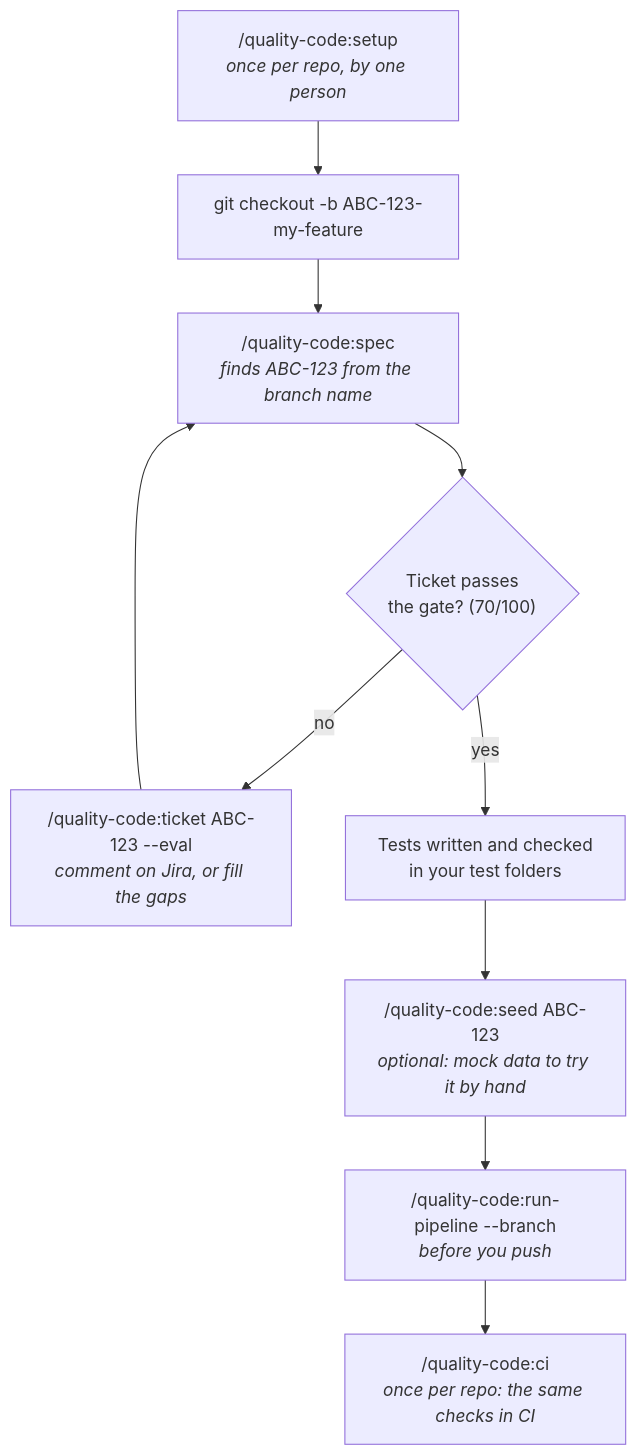
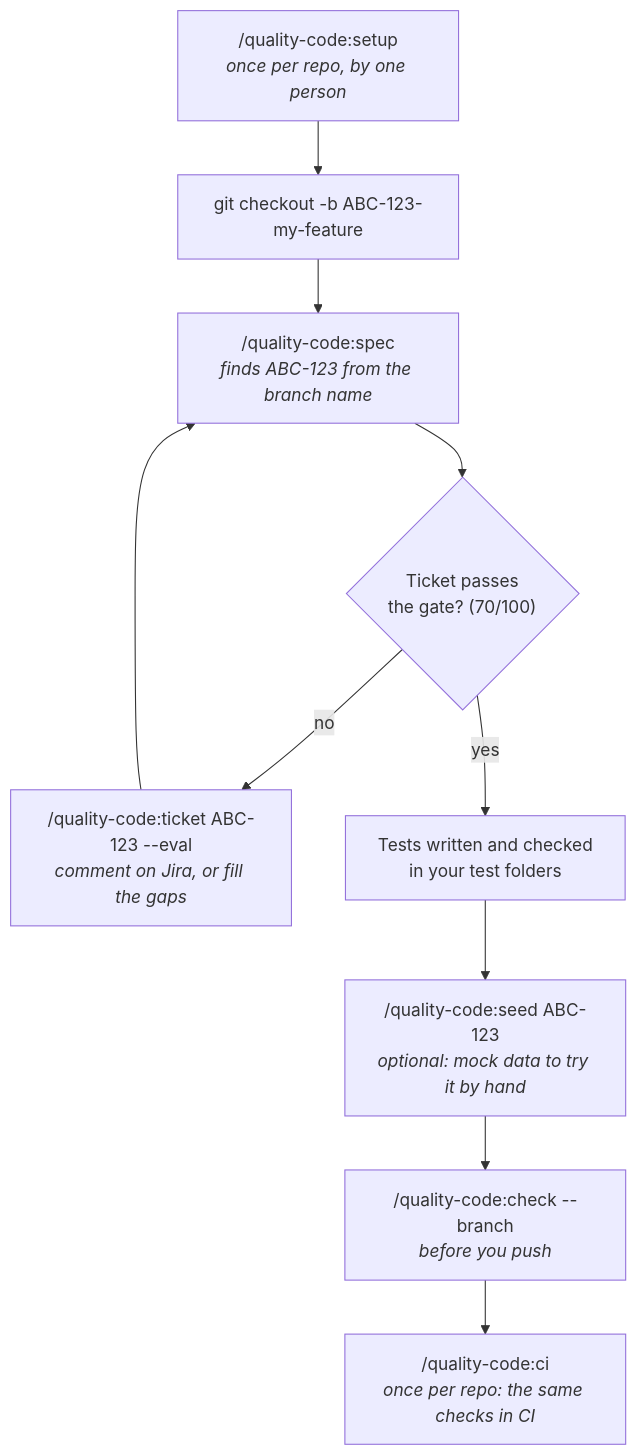
Before and after one commit to vissz28/agentic-testing: the first of 3 diagrams in README.md, drawn with Mermaid. The commit also changed other lines of this file and 38 other files, not shown here.

Commit message:
chore: release 0.65.0, check replaces the run commands

````diff
--- a/README.md
+++ b/README.md
@@ -34,12 +34,12 @@
 ```mermaid
 flowchart TD
     A["/quality-code:setup<br/><i>once per repo, by one person</i>"] --> B["git checkout -b ABC-123-my-feature"]
     B --> C["/quality-code:spec<br/><i>finds ABC-123 from the branch name</i>"]
     C --> D{"Ticket passes<br/>the gate? (70/100)"}
     D -- no --> E["/quality-code:ticket ABC-123 --eval<br/><i>comment on Jira, or fill the gaps</i>"]
     E --> C
     D -- yes --> F["Tests written and checked<br/>in your test folders"]
     F --> G["/quality-code:seed ABC-123<br/><i>optional: mock data to try it by hand</i>"]
-    G --> H["/quality-code:run-pipeline --branch<br/><i>before you push</i>"]
+    G --> H["/quality-code:check --branch<br/><i>before you push</i>"]
     H --> I["/quality-code:ci<br/><i>once per repo: the same checks in CI</i>"]
 ```
````
